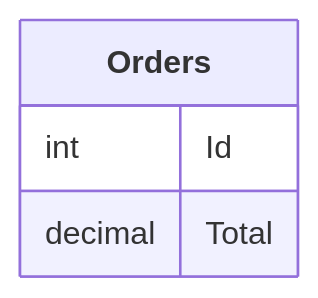
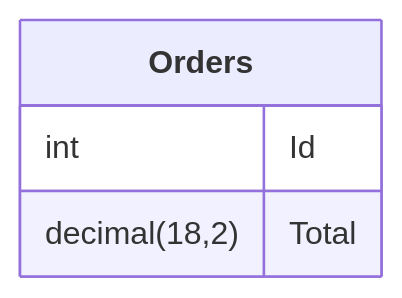
The diagram in src/SqlServerToMermaidTool.Tests/IntegrationTests.RawSql_ToMarkdown.verified.md (SimonCropp/DbToMermaid), drawn with Mermaid before and after one commit. The commit also changed 26 other files, not shown here.

````diff
--- a/src/SqlServerToMermaidTool.Tests/IntegrationTests.RawSql_ToMarkdown.verified.md
+++ b/src/SqlServerToMermaidTool.Tests/IntegrationTests.RawSql_ToMarkdown.verified.md
@@ -1,7 +1,7 @@
 ```mermaid
 erDiagram
   Orders["**Orders**"] {
     int Id
-    decimal Total
+    decimal(18,2) Total
   }
 ```
````
